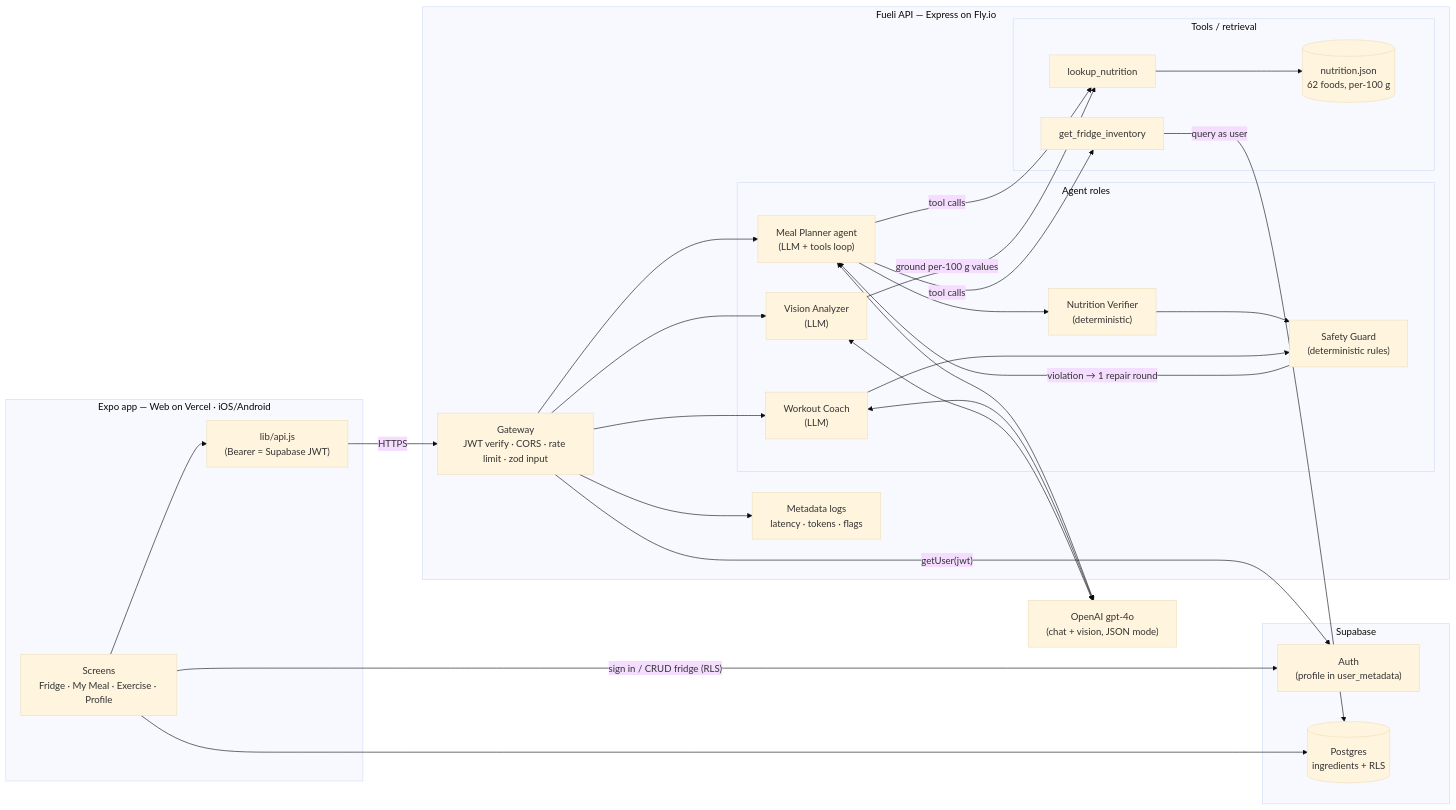
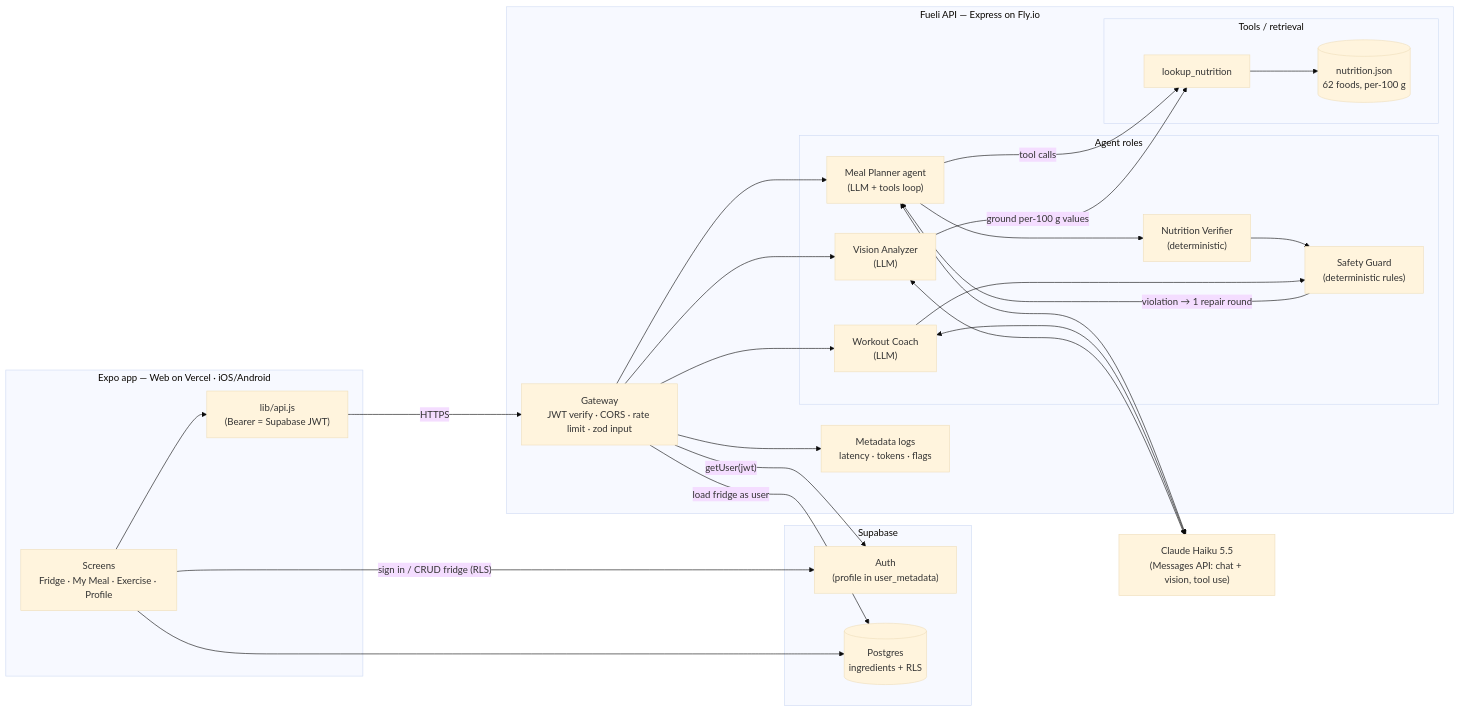
Before and after one commit to hymiawu/fueli: the diagram in docs/architecture.md, drawn with Mermaid (base theme). The commit also changed other lines of this file and 17 other files, not shown here.

First line of the commit message:
Switch the API from OpenAI to Claude Opus 5.5 (#5)

````diff
--- a/docs/architecture.md
+++ b/docs/architecture.md
@@ -3,47 +3,46 @@
 ```mermaid
 flowchart LR
   subgraph Client["Expo app — Web on Vercel · iOS/Android"]
     UI["Screens<br/>Fridge · My Meal · Exercise · Profile"]
     APIc["lib/api.js<br/>(Bearer = Supabase JWT)"]
     UI --> APIc
   end
 
   subgraph Supa["Supabase"]
     Auth["Auth<br/>(profile in user_metadata)"]
     DB[("Postgres<br/>ingredients + RLS")]
   end
 
   subgraph Fly["Fueli API — Express on Fly.io"]
     GW["Gateway<br/>JWT verify · CORS · rate limit · zod input"]
     subgraph Agents["Agent roles"]
       PL["Meal Planner agent<br/>(LLM + tools loop)"]
       NV["Nutrition Verifier<br/>(deterministic)"]
       SG["Safety Guard<br/>(deterministic rules)"]
       WC["Workout Coach<br/>(LLM)"]
       VI["Vision Analyzer<br/>(LLM)"]
     end
     subgraph Tools["Tools / retrieval"]
-      T1["get_fridge_inventory"]
       T2["lookup_nutrition"]
       KB[("nutrition.json<br/>62 foods, per-100 g")]
     end
     LOG["Metadata logs<br/>latency · tokens · flags"]
   end
 
-  LLM["OpenAI gpt-4o<br/>(chat + vision, JSON mode)"]
+  LLM["Claude Haiku 5.5<br/>(Messages API: chat + vision, tool use)"]
 
   UI -- "sign in / CRUD fridge (RLS)" --> Auth
   UI --> DB
   APIc -- HTTPS --> GW
   GW -- "getUser(jwt)" --> Auth
   GW --> PL & WC & VI
-  PL -- "tool calls" --> T1 & T2
-  T1 -- "query as user" --> DB
+  GW -- "load fridge as user" --> DB
+  PL -- "tool calls" --> T2
   T2 --> KB
   PL --> NV --> SG
   SG -- "violation → 1 repair round" --> PL
   WC --> SG
   VI -- "ground per-100 g values" --> T2
   PL & WC & VI <--> LLM
   GW --> LOG
 ```
````
